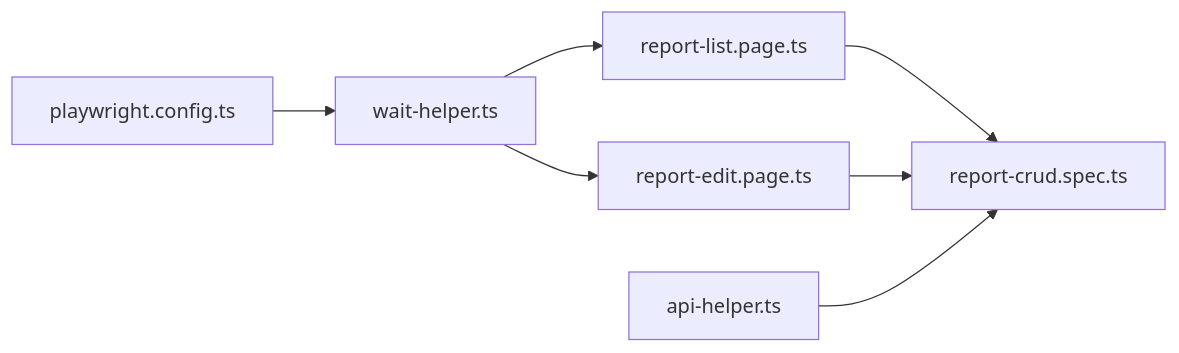
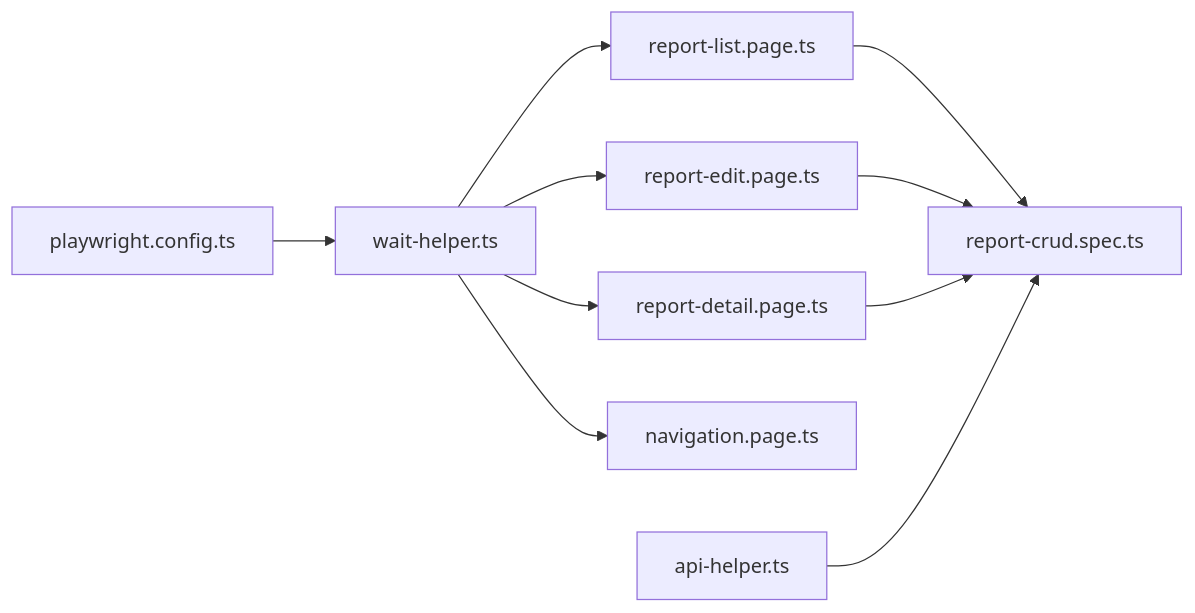
One commit to zzgoviziwind/--playwright changed the eighth of 8 diagrams in .qoder/repowiki/zh/content/API辅助工具/等待辅助工具.md. Above: the diagram before and after it, drawn with Mermaid. The commit also changed other lines of this file and 112 other files, not shown here.

````diff
--- a/.qoder/repowiki/zh/content/API辅助工具/等待辅助工具.md
+++ b/.qoder/repowiki/zh/content/API辅助工具/等待辅助工具.md
@@ -243,9 +259,12 @@
 ```mermaid
 graph LR
 PC["playwright.config.ts"] --> WH["wait-helper.ts"]
 WH --> RP["report-list.page.ts"]
 WH --> RE["report-edit.page.ts"]
+WH --> RD["report-detail.page.ts"]
+WH --> NAV["navigation.page.ts"]
 RP --> RC["report-crud.spec.ts"]
 RE --> RC
+RD --> RC
 AH["api-helper.ts"] --> RC
 ```
````
